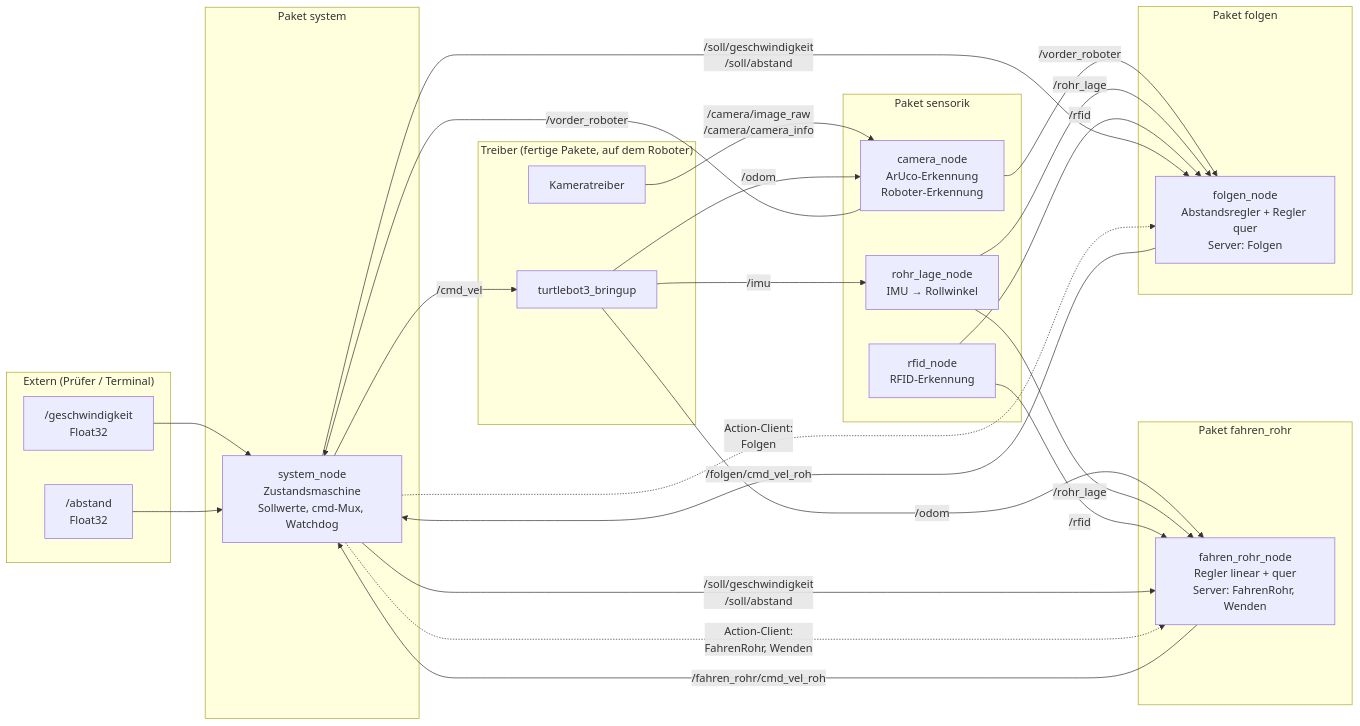
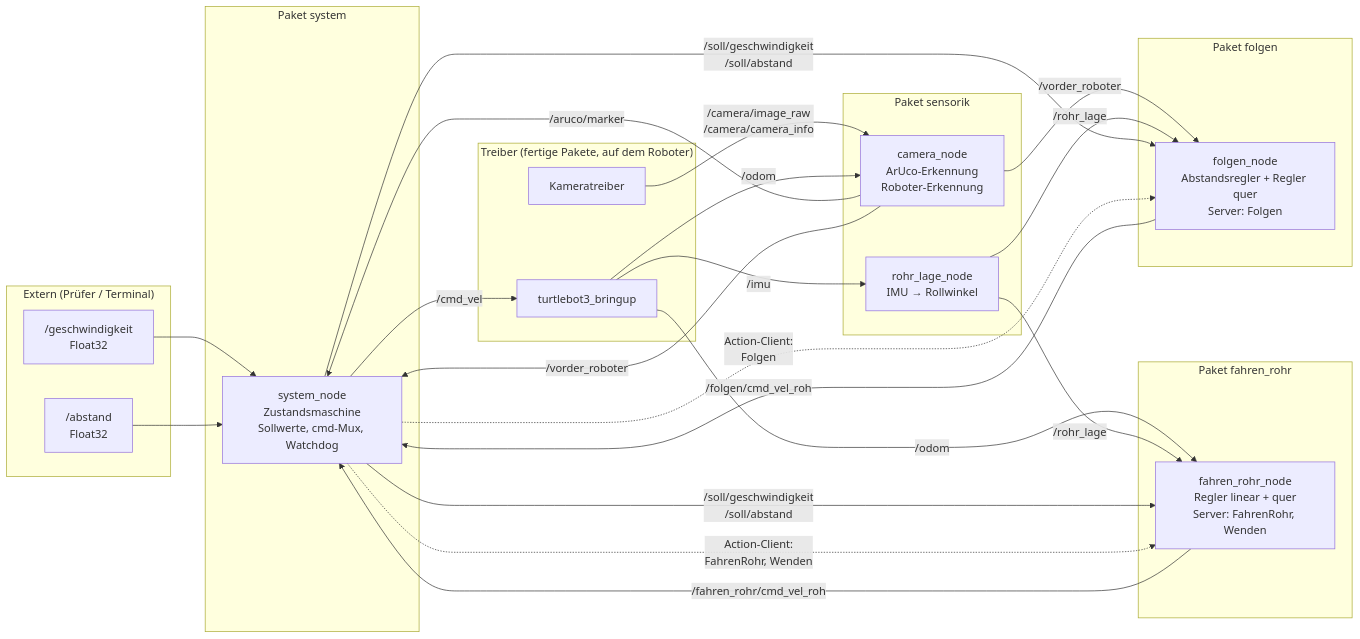
One commit to TsVBamBus/ros2_turtlebot_project_MW_NG changed the first of 2 diagrams in docs/ARCHITEKTUR.md. Above: the diagram before and after it, drawn with Mermaid. The commit also changed other lines of this file and 9 other files, not shown here.

````diff
--- a/docs/ARCHITEKTUR.md
+++ b/docs/ARCHITEKTUR.md
@@ -81,53 +82,51 @@
 ```mermaid
 flowchart LR
     subgraph EXT["Extern (Prüfer / Terminal)"]
         GES["/geschwindigkeit<br/>Float32"]
         ABS["/abstand<br/>Float32"]
     end
 
     subgraph TB["Treiber (fertige Pakete, auf dem Roboter)"]
         BRING[turtlebot3_bringup]
         CAMDRV[Kameratreiber]
     end
 
     subgraph SEN["Paket sensorik"]
         CAM["camera_node<br/>ArUco-Erkennung<br/>Roboter-Erkennung"]
         LAGE["rohr_lage_node<br/>IMU → Rollwinkel"]
-        RFID["rfid_node<br/>RFID-Erkennung"]
     end
 
     subgraph FR["Paket fahren_rohr"]
         FAHR["fahren_rohr_node<br/>Regler linear + quer<br/>Server: FahrenRohr, Wenden"]
     end
 
     subgraph FO["Paket folgen"]
         FOLG["folgen_node<br/>Abstandsregler + Regler quer<br/>Server: Folgen"]
     end
 
     subgraph SY["Paket system"]
         SYS["system_node<br/>Zustandsmaschine<br/>Sollwerte, cmd-Mux, Watchdog"]
     end
 
     GES --> SYS
     ABS --> SYS
     CAMDRV -- "/camera/image_raw<br/>/camera/camera_info" --> CAM
     BRING -- "/imu" --> LAGE
     BRING -- "/odom" --> CAM
     BRING -- "/odom" --> FAHR
 
+    CAM -- "/aruco/marker" --> SYS
     CAM -- "/vorder_roboter" --> SYS
     CAM -- "/vorder_roboter" --> FOLG
     LAGE -- "/rohr_lage" --> FAHR
     LAGE -- "/rohr_lage" --> FOLG
-    RFID -- "/rfid" --> FAHR
-    RFID -- "/rfid" --> FOLG
 
     SYS -- "/soll/geschwindigkeit<br/>/soll/abstand" --> FAHR
     SYS -- "/soll/geschwindigkeit<br/>/soll/abstand" --> FOLG
     SYS -. "Action-Client:<br/>FahrenRohr, Wenden" .-> FAHR
     SYS -. "Action-Client:<br/>Folgen" .-> FOLG
 
     FAHR -- "/fahren_rohr/cmd_vel_roh" --> SYS
     FOLG -- "/folgen/cmd_vel_roh" --> SYS
     SYS -- "/cmd_vel" --> BRING
 ```
````
